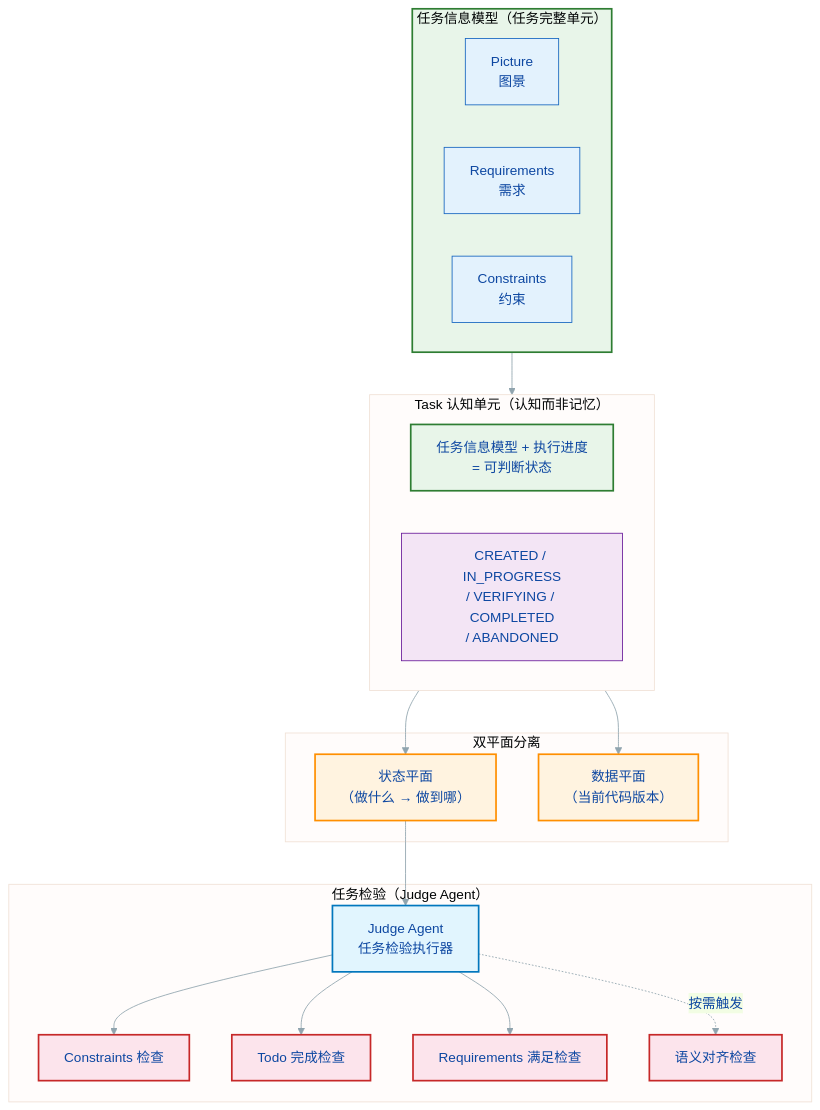
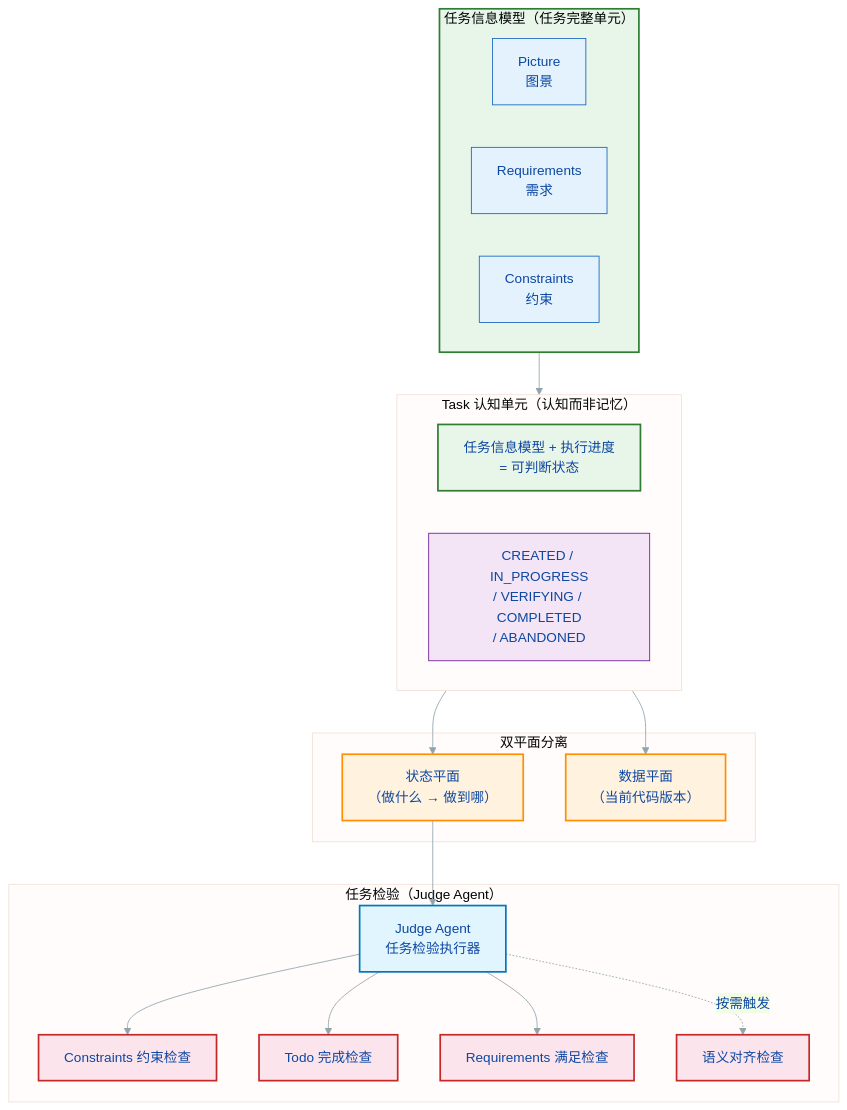
One commit to Lazyn0tBug/mem0ress changed the first of 7 diagrams in docs/spec.md. Above: the diagram before and after it, drawn with Mermaid. The commit also changed other lines of this file, not shown here.

First line of the commit message:
docs(spec): align mermaid diagrams with updated content

````diff
--- a/docs/spec.md
+++ b/docs/spec.md
@@ -42,49 +42,49 @@
 ```mermaid
 %% label：核心解法总览
 %%{ init: { 'theme': 'base', 'themeVariables': { 'primaryColor': '#e3f2fd', 'primaryTextColor': '#0d47a1', 'primaryBorderColor': '#1565c0', 'lineColor': '#90a4ae', 'fontFamily': 'arial' } } }%%
 graph TB
     subgraph PRC["任务信息模型（任务完整单元）"]
         PIC["Picture\n图景"]
         REQ["Requirements\n需求"]
         CST["Constraints\n约束"]
     end
 
     subgraph TASK["Task 认知单元（认知而非记忆）"]
         TR["任务信息模型 + 执行进度\n= 可判断状态"]
         ST["CREATED / IN_PROGRESS\n/ VERIFYING / COMPLETED\n/ ABANDONED"]
     end
 
     subgraph DUAL["双平面分离"]
         SP["状态平面\n（做什么 → 做到哪）"]
         DP["数据平面\n（当前代码版本）"]
     end
 
     subgraph TIERS["任务检验（Judge Agent）"]
         J["Judge Agent\n任务检验执行器"]
-        C["Constraints 检查"]
+        C["Constraints 约束检查"]
         T["Todo 完成检查"]
         R["Requirements 满足检查"]
         S["语义对齐检查"]
     end
 
     PRC --> TASK
     TASK --> SP
     TASK --> DP
+    SP --> J
     J --> C
     J --> T
     J --> R
     J -.->|按需触发| S
-    SP --> J
 
     classDef prc fill:#e8f5e9,stroke:#2e7d32,stroke-width:2px;
     classDef task fill:#e3f2fd,stroke:#1565c0,stroke-width:2px;
     classDef plane fill:#fff3e0,stroke:#ff8f00,stroke-width:2px;
     classDef tier fill:#fce4ec,stroke:#c62828,stroke-width:2px;
     classDef judge fill:#e1f5fe,stroke:#0277bd,stroke-width:2px;
     classDef state fill:#f3e5f5,stroke:#6a1b9a,stroke-width:1px;
     class PRC,task,TR,ST prc;
     class SP,DP plane;
     class C,T,R,S tier;
     class J judge;
     class ST state;
 ```
````
